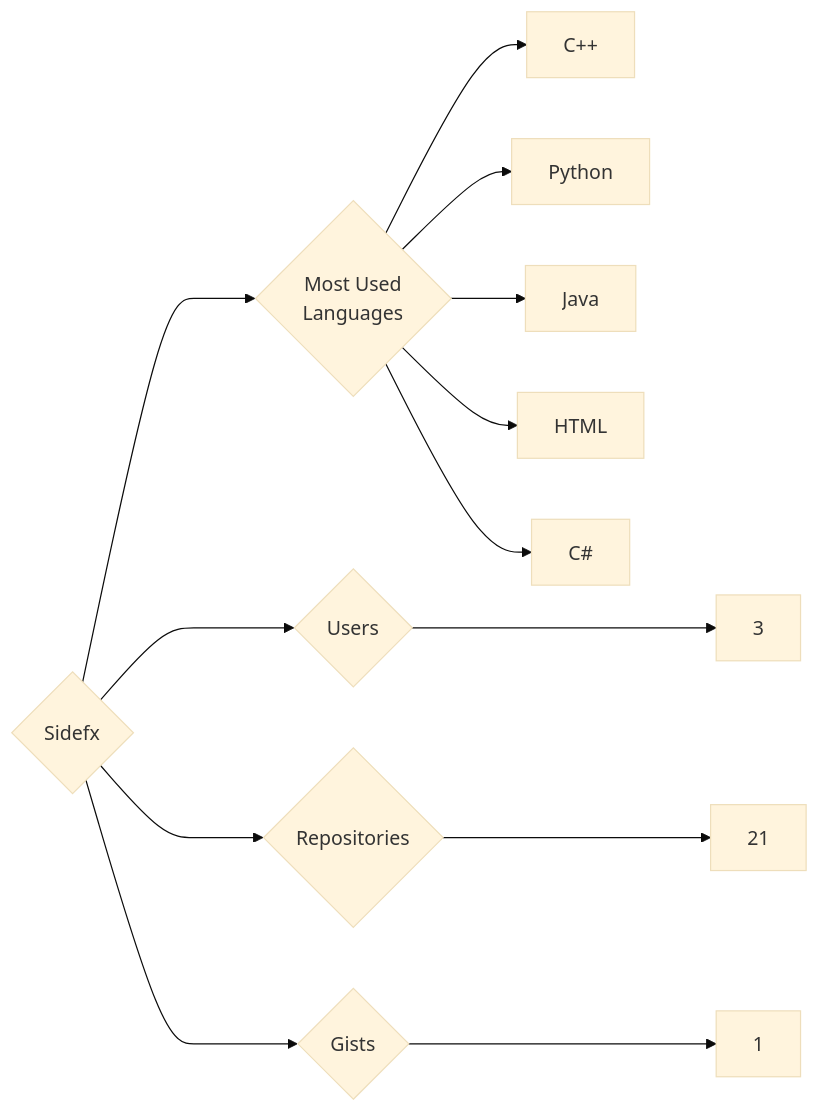
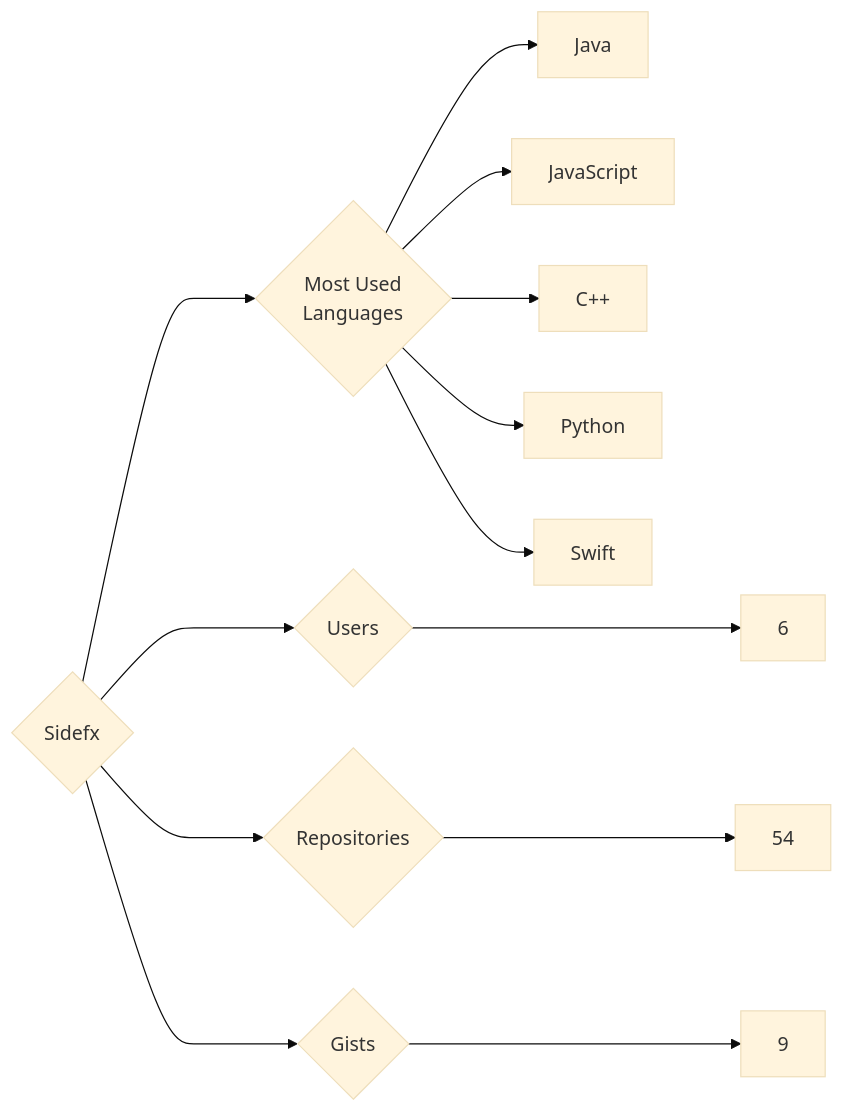
The diagram in targets/Sidefx/README.md (trickest/insiders), drawn with Mermaid (base theme) before and after one commit. The commit also changed 1496 other files, not shown here.

````diff
--- a/targets/Sidefx/README.md
+++ b/targets/Sidefx/README.md
@@ -3,13 +3,13 @@
 ```mermaid
 graph LR
 COMPANY_NAME{Sidefx}
-COMPANY_NAME ---> U{Users} ---> UN[3]
-COMPANY_NAME ---> R{Repositories} ---> RN[21]
-COMPANY_NAME ---> G{Gists} ---> GN[1]
+COMPANY_NAME ---> U{Users} ---> UN[6]
+COMPANY_NAME ---> R{Repositories} ---> RN[54]
+COMPANY_NAME ---> G{Gists} ---> GN[9]
 COMPANY_NAME ---> ML{Most Used<br>Languages}
+ML --> Java[Java]
+ML --> JavaScript[JavaScript]
 ML --> C++[C++]
 ML --> Python[Python]
-ML --> Java[Java]
-ML --> HTML[HTML]
-ML --> C#[C#]
+ML --> Swift[Swift]
 ```
````
